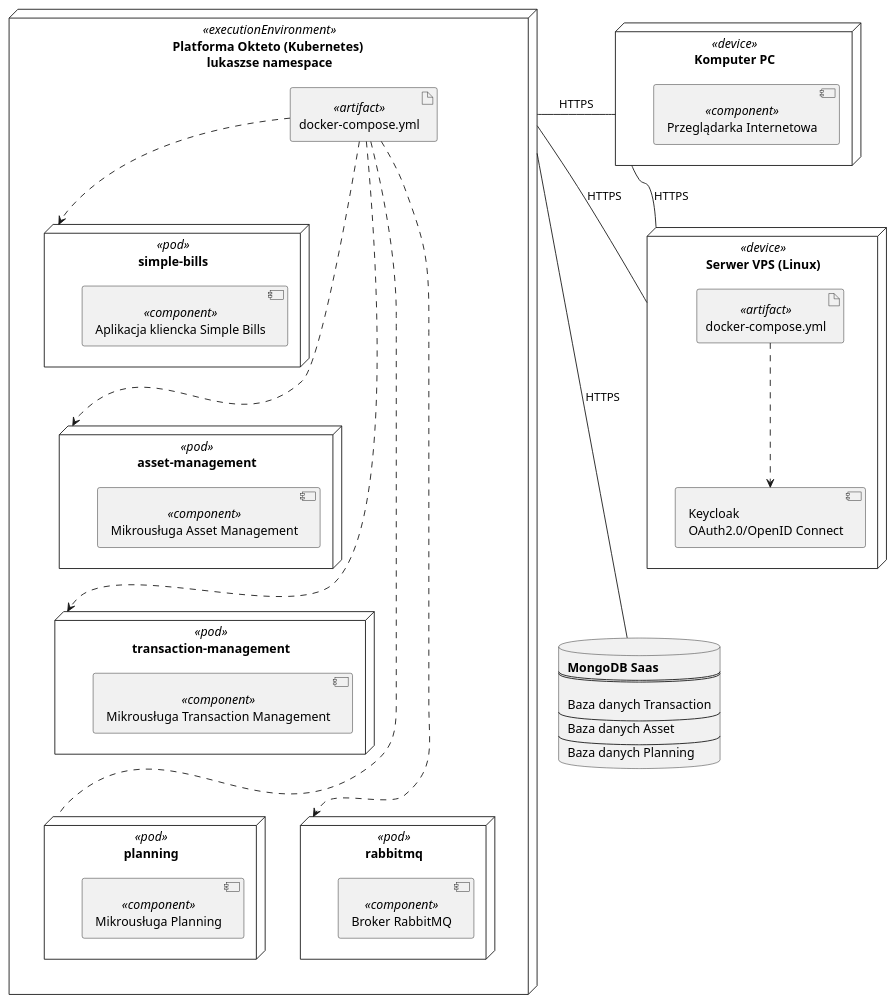
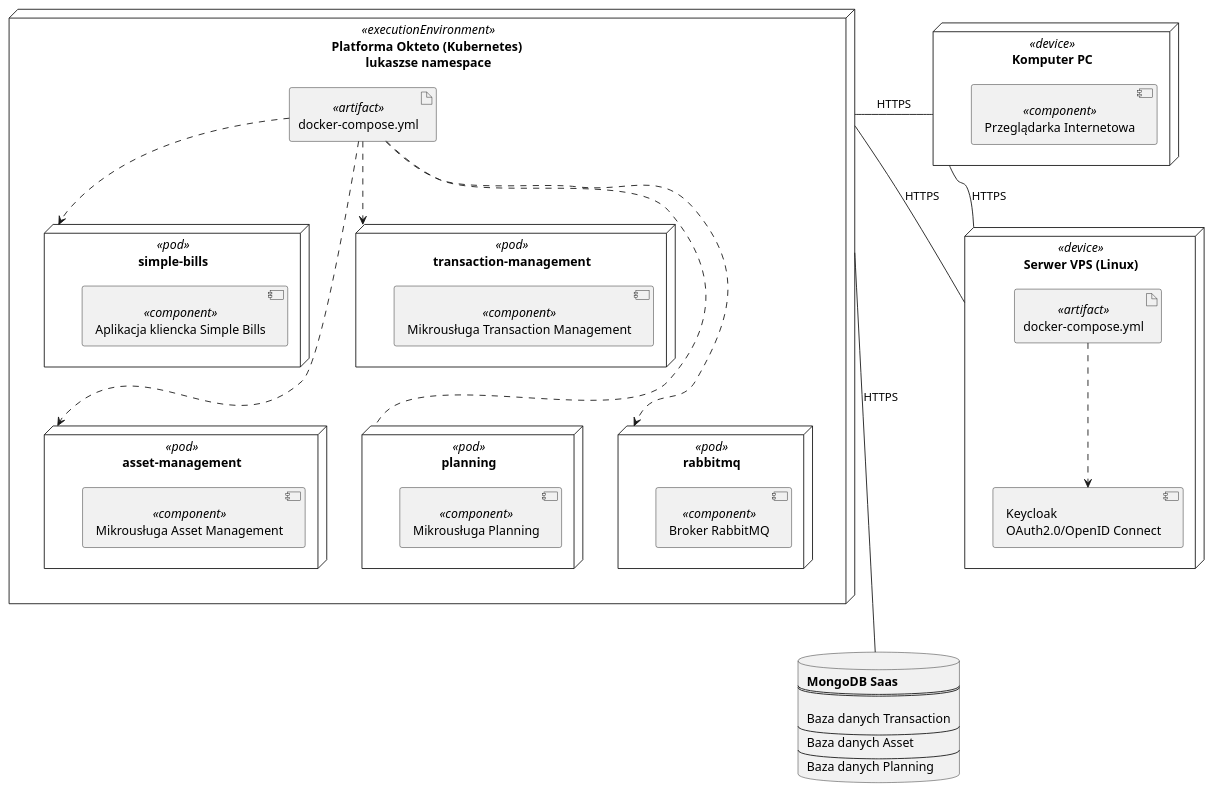
Before and after one commit to lukaszse/simple-bills: the diagram in diagrams/deployment-diagram/simple-bills-deployment-diagram.puml, drawn with PlantUML. The commit also changed 1 other file, not shown here.

Commit message:
update diagrams

```diff
--- a/diagrams/deployment-diagram/simple-bills-deployment-diagram.puml
+++ b/diagrams/deployment-diagram/simple-bills-deployment-diagram.puml
@@ -1,63 +1,63 @@
 @startuml
 'https://plantuml.com/deployment-diagram
 
 
 node "Serwer VPS (Linux)" <<device>> as linux {
     artifact "docker-compose.yml" <<artifact>> as dcompKeycloak
     component "Keycloak \nOAuth2.0/OpenID Connect" as keycloak
 }
 
 node "Komputer PC" <<device>> as pc {
     component "Przeglądarka Internetowa" <<component>>
 }
 
 node "Platforma Okteto (Kubernetes) \nlukaszse namespace" <<executionEnvironment>> as okteto {
 
     artifact "docker-compose.yml" <<artifact>> as dComp
 
     node "simple-bills" <<pod>> as gui {
     component "Aplikacja kliencka Simple Bills" <<component>>
     }
 
     node "asset-management" <<pod>> as asset {
     component "Mikrousługa Asset Management" <<component>>
     }
 
     node "transaction-management" <<pod>> as transaction {
     component "Mikrousługa Transaction Management" <<component>>
     }
 
     node "planning" <<pod>> as planning {
     component "Mikrousługa Planning" <<component>>
     }
 
     node "rabbitmq" <<pod>> as rabbit {
     component "Broker RabbitMQ" <<component>>
     }
 }
 
 
 database mongo [
 <b>MongoDB Saas
 ===
 
 Baza danych Transaction
 ----
 Baza danych Asset
 ----
 Baza danych Planning
 ]
 
 dComp ..> gui
-dComp ..... planning
+dComp ... planning
 dComp ...> asset
-dComp ....> transaction
-dComp .....> rabbit
+dComp ..> transaction
+dComp ...> rabbit
 dcompKeycloak ..> keycloak
 pc -left- okteto : HTTPS
 linux -- okteto : HTTPS
 pc -- linux : HTTPS
 okteto ---- mongo : HTTPS
 
 
 @enduml
```
